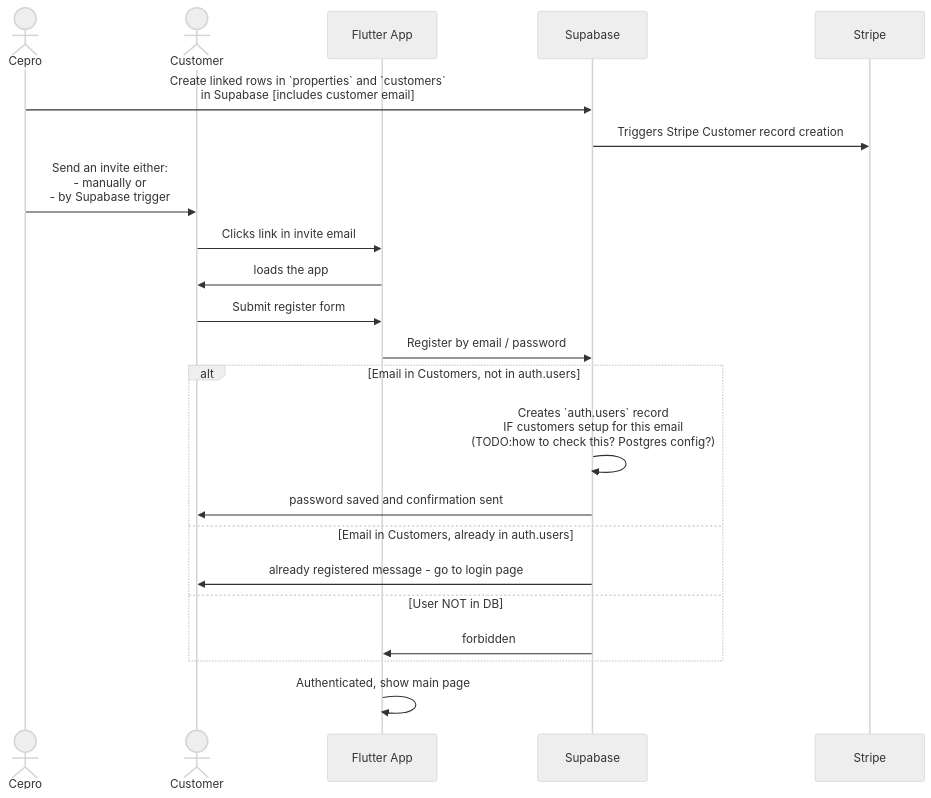
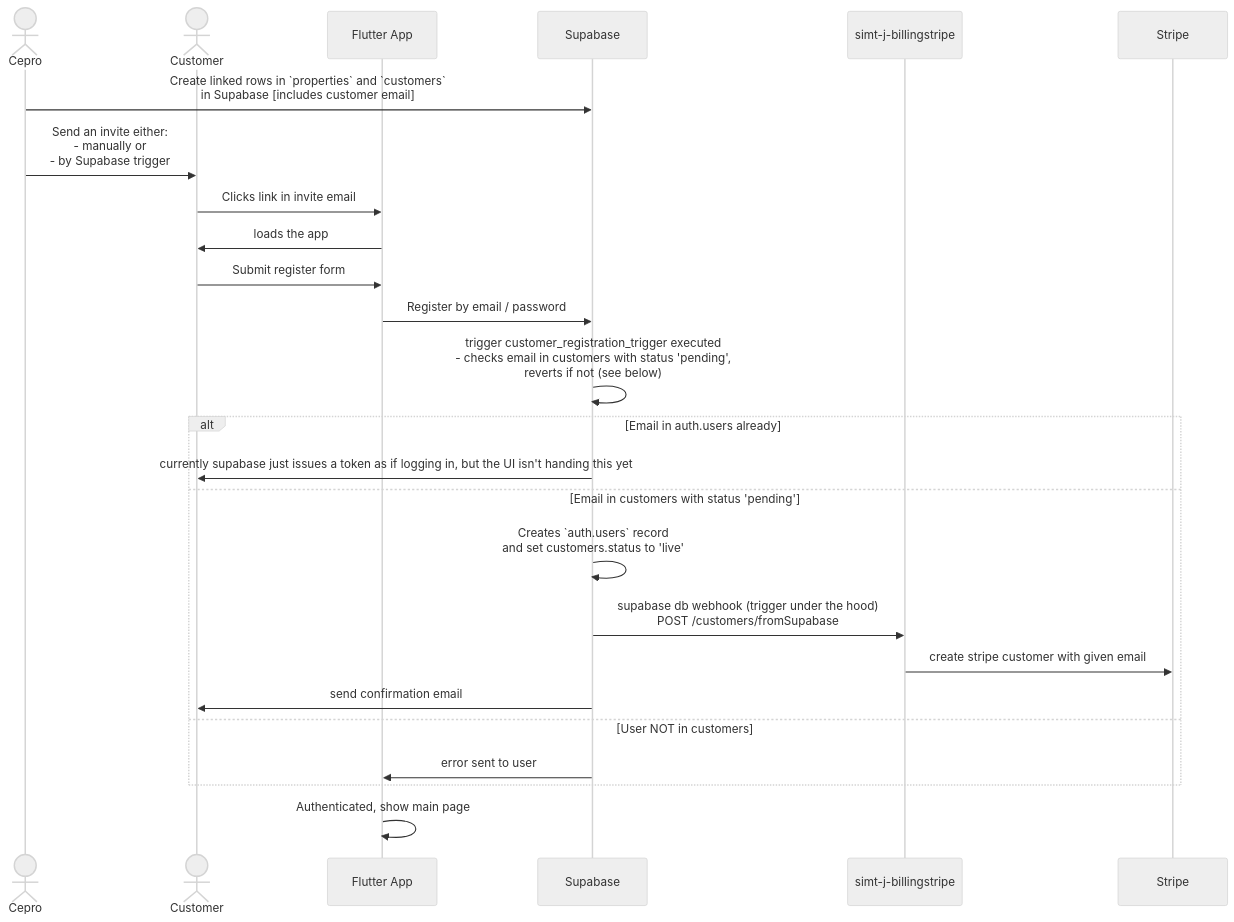
The diagram in docs/onboard-flow.md (cepro/simt-myenergy-app), drawn with Mermaid (neutral theme) before and after one commit.

````diff
--- a/docs/onboard-flow.md
+++ b/docs/onboard-flow.md
@@ -9,30 +9,33 @@
 ```mermaid
 sequenceDiagram
     actor Cepro
     actor Customer
     participant App as Flutter App
     participant Supabase
+    participant BillingSvc as simt-j-billingstripe 
     participant Stripe
     
     Cepro->>Supabase: Create linked rows in `properties` and `customers`<br/> in Supabase [includes customer email]
-    Supabase->>Stripe: Triggers Stripe Customer record creation
-
     Cepro->>Customer: Send an invite either:<br/>- manually or<br/>- by Supabase trigger
     
     Customer->>App: Clicks link in invite email
     App->>Customer: loads the app
     Customer->>App: Submit register form
     
     App->>Supabase: Register by email / password
 
-    alt Email in Customers, not in auth.users
-      Supabase->>Supabase: Creates `auth.users` record<br/>IF customers setup for this email<br/>(TODO:how to check this? Postgres config?)
-      Supabase->>Customer: password saved and confirmation sent
-    else Email in Customers, already in auth.users
-      Supabase->>Customer: already registered message - go to login page
-    else User NOT in DB
-      Supabase->>App: forbidden
+    Supabase->>Supabase: trigger customer_registration_trigger executed<br/>- checks email in customers with status 'pending',<br/>reverts if not (see below)
+
+    alt Email in auth.users already
+      Supabase->>Customer: currently supabase just issues a token as if logging in, but the UI isn't handing this yet
+    else Email in customers with status 'pending'
+      Supabase->>Supabase: Creates `auth.users` record<br/>and set customers.status to 'live'
+      Supabase->>BillingSvc: supabase db webhook (trigger under the hood)<br/>POST /customers/fromSupabase
+      BillingSvc->>Stripe: create stripe customer with given email
+      Supabase->>Customer: send confirmation email
+    else User NOT in customers
+      Supabase->>App: error sent to user
     end
 
    App->>App: Authenticated, show main page
 ```
````
